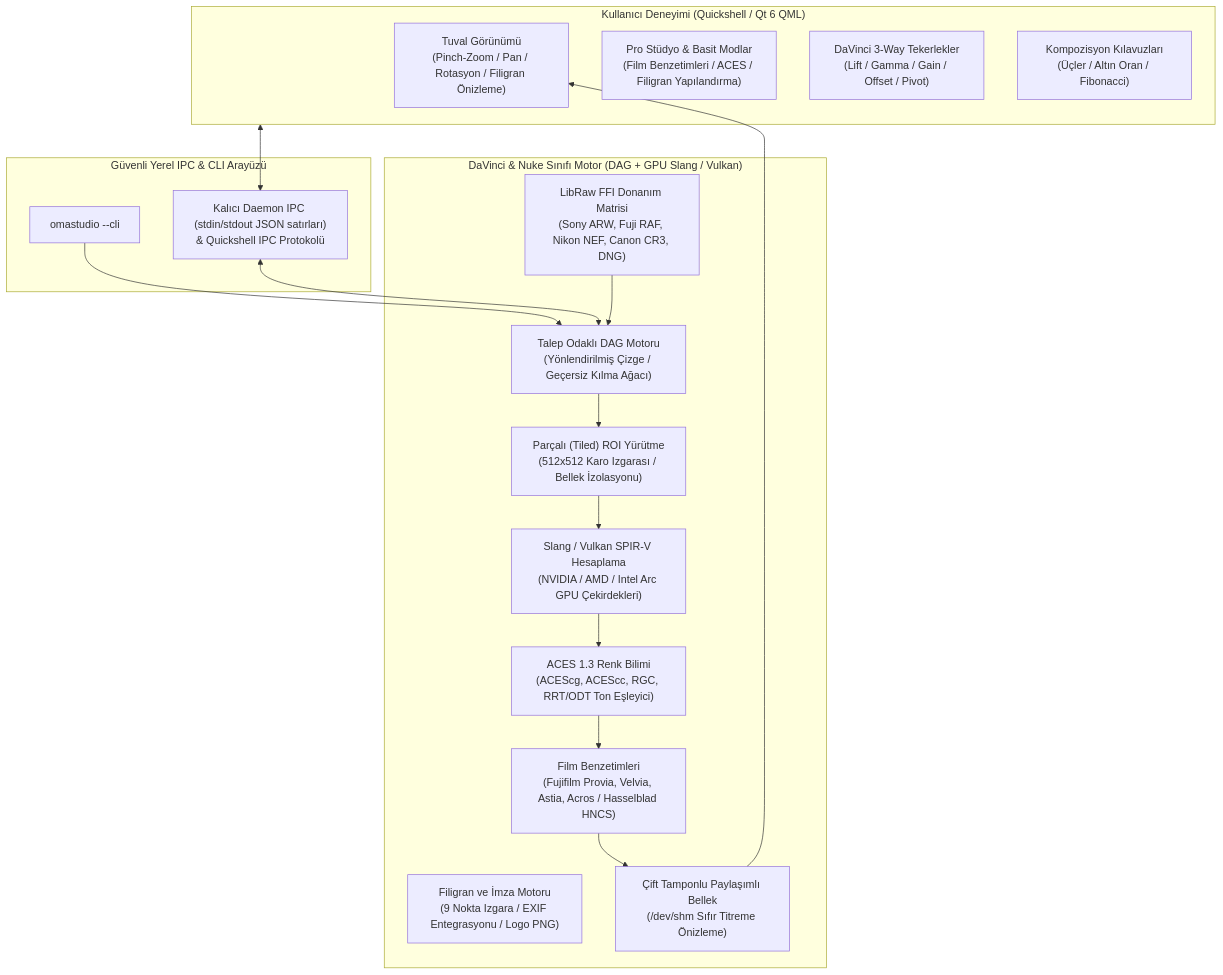
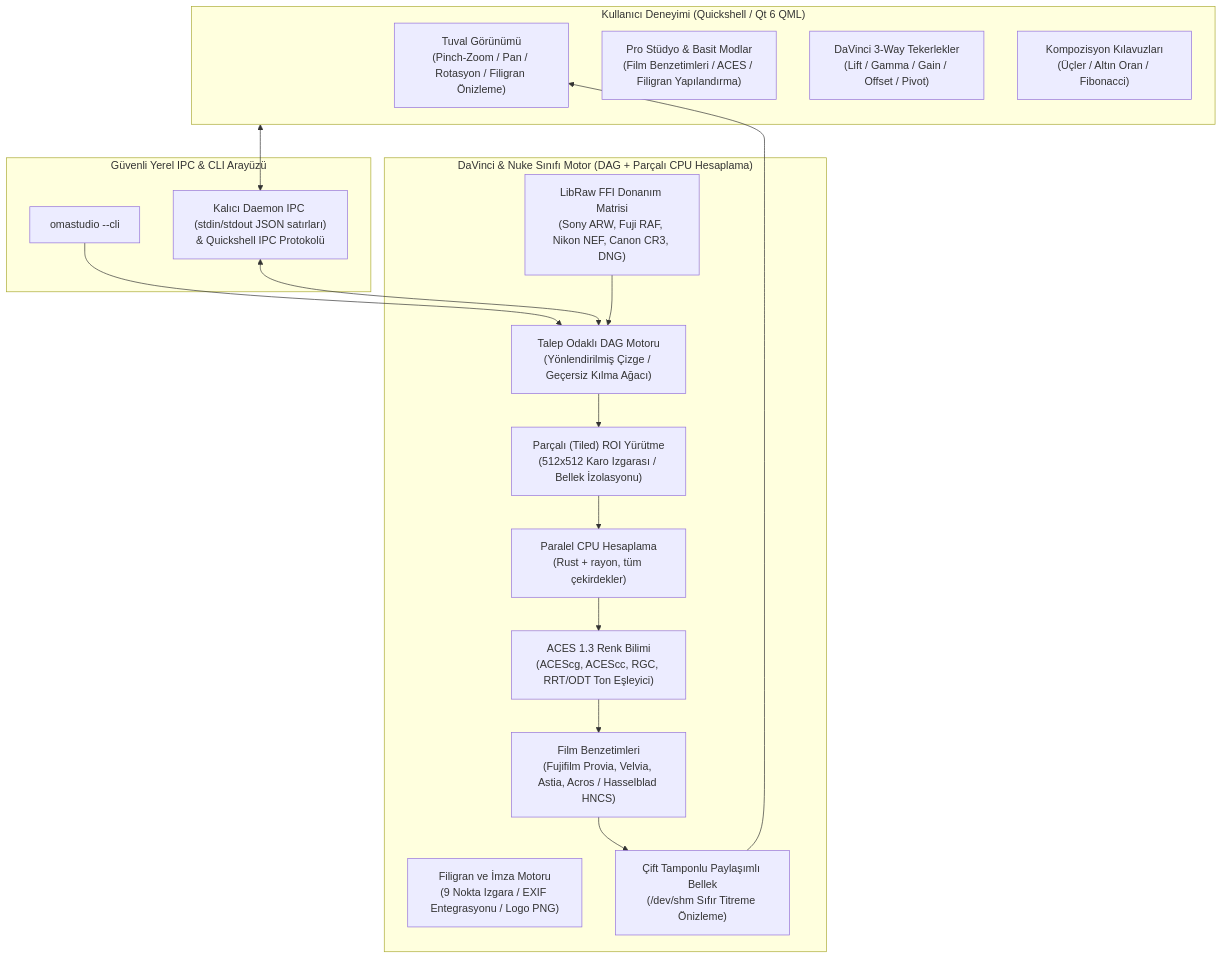
Before and after one commit to ozdil/omarchy-omastudio: the first of 2 diagrams in README.tr.md, drawn with Mermaid. The commit also changed other lines of this file and 3 other files, not shown here.

````diff
--- a/README.tr.md
+++ b/README.tr.md
@@ -27,36 +27,36 @@
 ```mermaid
 graph TD
     subgraph UI [" Kullanıcı Deneyimi (Quickshell / Qt 6 QML)"]
         Viewport["Tuval Görünümü<br/>(Pinch-Zoom / Pan / Rotasyon / Filigran Önizleme)"]
         Inspector["Pro Stüdyo & Basit Modlar<br/>(Film Benzetimleri / ACES / Filigran Yapılandırma)"]
         Wheels["DaVinci 3-Way Tekerlekler<br/>(Lift / Gamma / Gain / Offset / Pivot)"]
         CropTool["Kompozisyon Kılavuzları<br/>(Üçler / Altın Oran / Fibonacci)"]
     end
 
     subgraph IPC [" Güvenli Yerel IPC & CLI Arayüzü"]
         CLI["omastudio --cli"]
         Sock["Kalıcı Daemon IPC (stdin/stdout JSON satırları)<br/>& Quickshell IPC Protokolü"]
     end
 
-    subgraph Engine [" DaVinci & Nuke Sınıfı Motor (DAG + GPU Slang / Vulkan)"]
+    subgraph Engine [" DaVinci & Nuke Sınıfı Motor (DAG + Parçalı CPU Hesaplama)"]
         DAGEngine["Talep Odaklı DAG Motoru<br/>(Yönlendirilmiş Çizge / Geçersiz Kılma Ağacı)"]
         TiledEngine["Parçalı (Tiled) ROI Yürütme<br/>(512x512 Karo Izgarası / Bellek İzolasyonu)"]
-        GPUCompute["Slang / Vulkan SPIR-V Hesaplama<br/>(NVIDIA / AMD / Intel Arc GPU Çekirdekleri)"]
+        GPUCompute["Paralel CPU Hesaplama<br/>(Rust + rayon, tüm çekirdekler)"]
         Decoders["LibRaw FFI Donanım Matrisi<br/>(Sony ARW, Fuji RAF, Nikon NEF, Canon CR3, DNG)"]
         ACES["ACES 1.3 Renk Bilimi<br/>(ACEScg, ACEScc, RGC, RRT/ODT Ton Eşleyici)"]
         FilmSim["Film Benzetimleri<br/>(Fujifilm Provia, Velvia, Astia, Acros / Hasselblad HNCS)"]
         WatermarkEngine["Filigran ve İmza Motoru<br/>(9 Nokta Izgara / EXIF Entegrasyonu / Logo PNG)"]
         ShmPingPong["Çift Tamponlu Paylaşımlı Bellek<br/>(/dev/shm Sıfır Titreme Önizleme)"]
     end
 
     UI <--> Sock
     CLI --> DAGEngine
     Sock <--> DAGEngine
     DAGEngine --> TiledEngine
     TiledEngine --> GPUCompute
     Decoders --> DAGEngine
     GPUCompute --> ACES
     ACES --> FilmSim
     FilmSim --> ShmPingPong
     ShmPingPong --> Viewport
 ```
````
